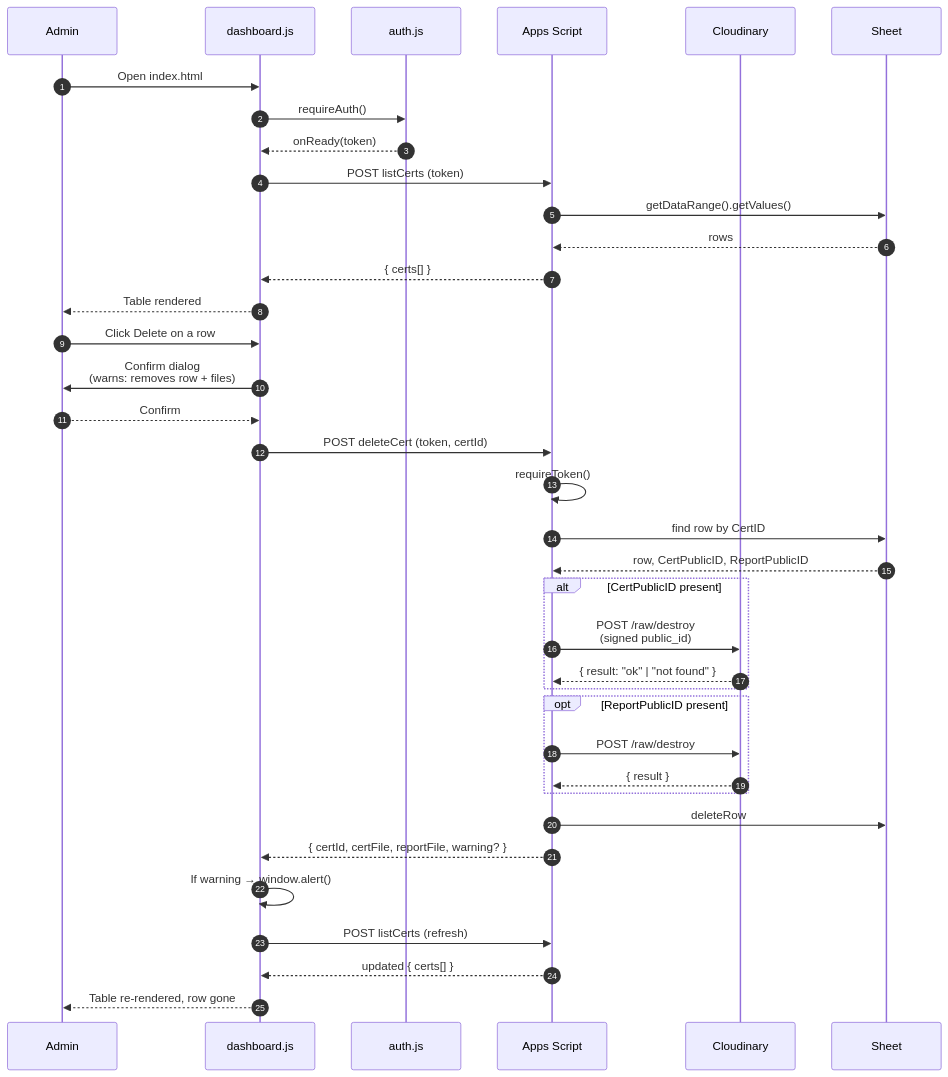
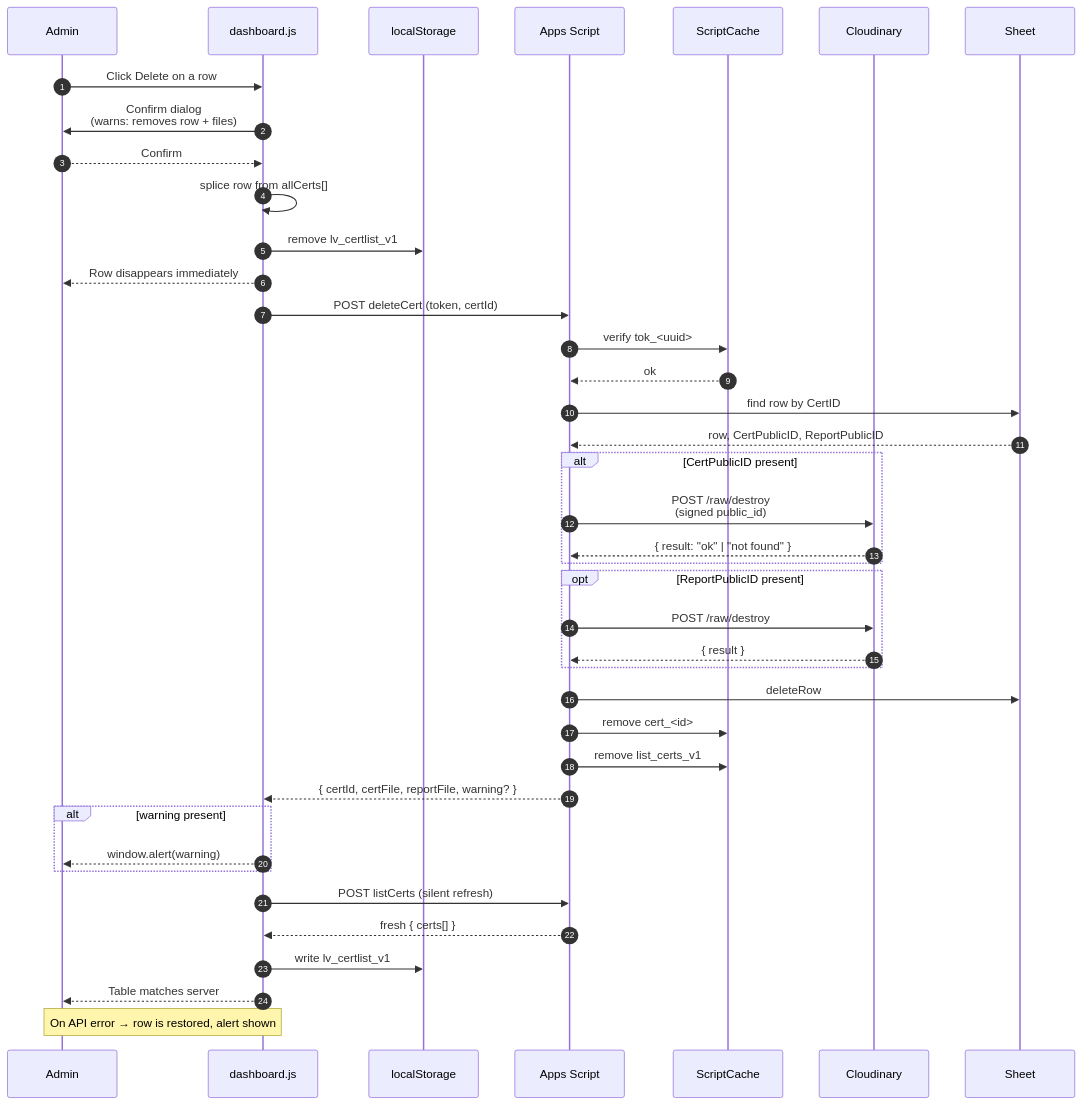
Before and after one commit to LingoLand-net/admin-cert: the fourth of 5 diagrams in README.md, drawn with Mermaid. The commit also changed other lines of this file and 4 other files, not shown here.

````diff
--- a/README.md
+++ b/README.md
@@ -101,45 +180,51 @@
 ```mermaid
 sequenceDiagram
     autonumber
     participant U  as Admin
     participant FE as dashboard.js
-    participant AU as auth.js
+    participant LS as localStorage
     participant GS as Apps Script
+    participant SC as ScriptCache
     participant CL as Cloudinary
     participant SH as Sheet
-
-    U  ->> FE: Open index.html
-    FE ->> AU: requireAuth()
-    AU -->> FE: onReady(token)
-    FE ->> GS: POST listCerts (token)
-    GS ->> SH: getDataRange().getValues()
-    SH -->> GS: rows
-    GS -->> FE: { certs[] }
-    FE -->> U: Table rendered
 
     U  ->> FE: Click Delete on a row
     FE ->> U: Confirm dialog<br/>(warns: removes row + files)
     U  -->> FE: Confirm
 
+    FE ->> FE: splice row from allCerts[]
+    FE ->> LS: remove lv_certlist_v1
+    FE -->> U: Row disappears immediately
+
     FE ->> GS: POST deleteCert (token, certId)
-    GS ->> GS: requireToken()
+    GS ->> SC: verify tok_<uuid>
+    SC -->> GS: ok
     GS ->> SH: find row by CertID
     SH -->> GS: row, CertPublicID, ReportPublicID
 
     alt CertPublicID present
         GS ->> CL: POST /raw/destroy<br/>(signed public_id)
         CL -->> GS: { result: "ok" | "not found" }
     end
 
     opt ReportPublicID present
         GS ->> CL: POST /raw/destroy
         CL -->> GS: { result }
     end
 
     GS ->> SH: deleteRow
+    GS ->> SC: remove cert_<id>
+    GS ->> SC: remove list_certs_v1
     GS -->> FE: { certId, certFile, reportFile, warning? }
-    FE ->> FE: If warning → window.alert()
-    FE ->> GS: POST listCerts (refresh)
-    GS -->> FE: updated { certs[] }
-    FE -->> U: Table re-rendered, row gone
+
+    alt warning present
+        FE -->> U: window.alert(warning)
+    end
+
+    FE ->> GS: POST listCerts (silent refresh)
+    GS -->> FE: fresh { certs[] }
+    FE ->> LS: write lv_certlist_v1
+    FE -->> U: Table matches server
+
+    Note over FE,U: On API error → row is restored, alert shown
 ```
````
